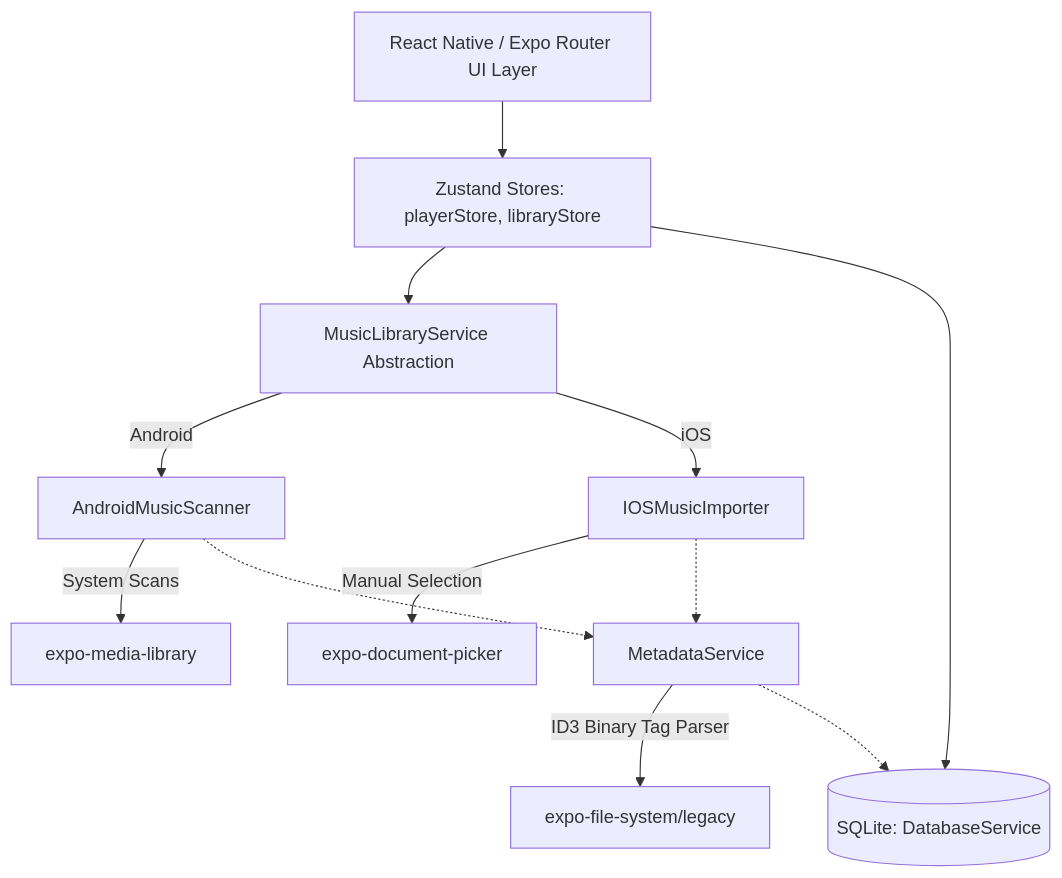
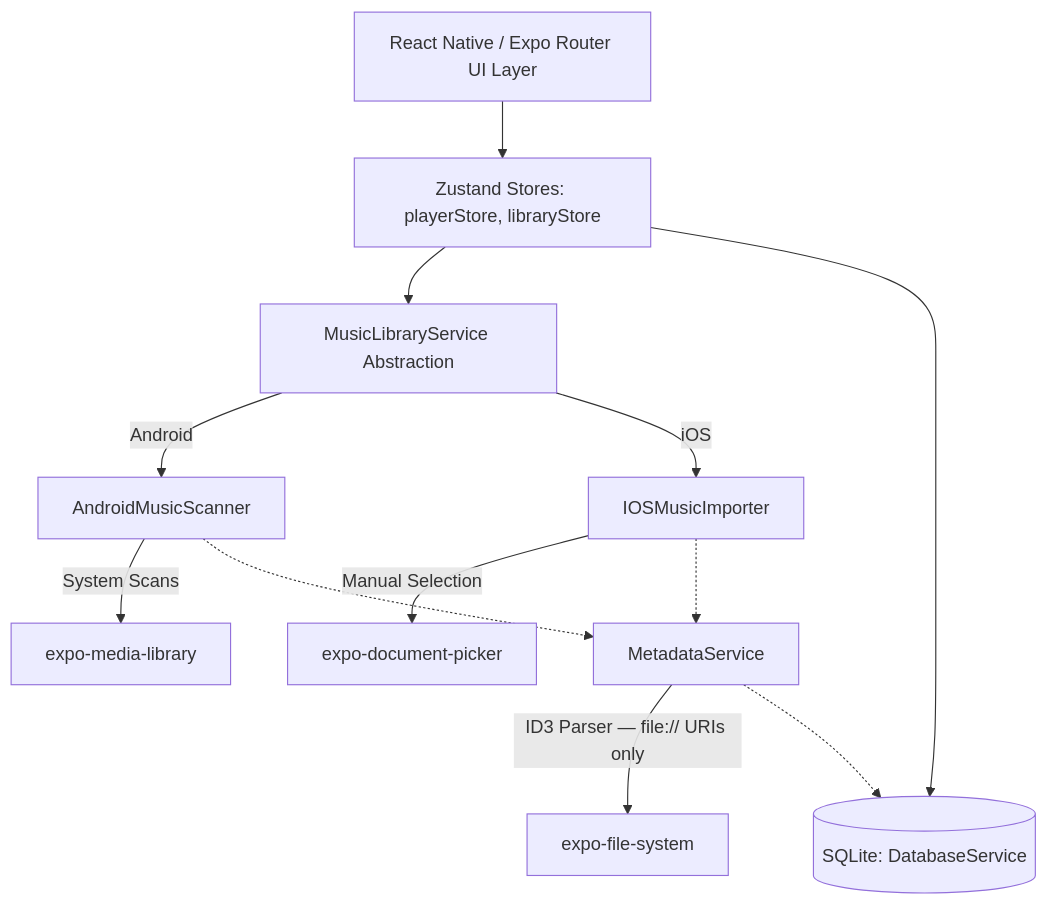
Before and after one commit to MJ-Meet/Waveform-MusicPlayer: the diagram in README.md, drawn with Mermaid. The commit also changed other lines of this file and 7 other files, not shown here.

````diff
--- a/README.md
+++ b/README.md
@@ -39,23 +39,23 @@
 ```mermaid
 graph TD
     UI[React Native / Expo Router UI Layer]
     ZS[Zustand Stores: playerStore, libraryStore]
     ML[MusicLibraryService Abstraction]
     DB[(SQLite: DatabaseService)]
     
     UI --> ZS
     ZS --> ML
     ZS --> DB
     
     ML -->|Android| AM[AndroidMusicScanner]
     ML -->|iOS| IM[IOSMusicImporter]
     
     AM -->|System Scans| EL[expo-media-library]
     IM -->|Manual Selection| ED[expo-document-picker]
     
-    Metadata[MetadataService] -->|ID3 Binary Tag Parser| FS[expo-file-system/legacy]
+    Metadata[MetadataService] -->|ID3 Parser — file:// URIs only| FS[expo-file-system]
     
     AM -.-> Metadata
     IM -.-> Metadata
     Metadata -.-> DB
 ```
````
